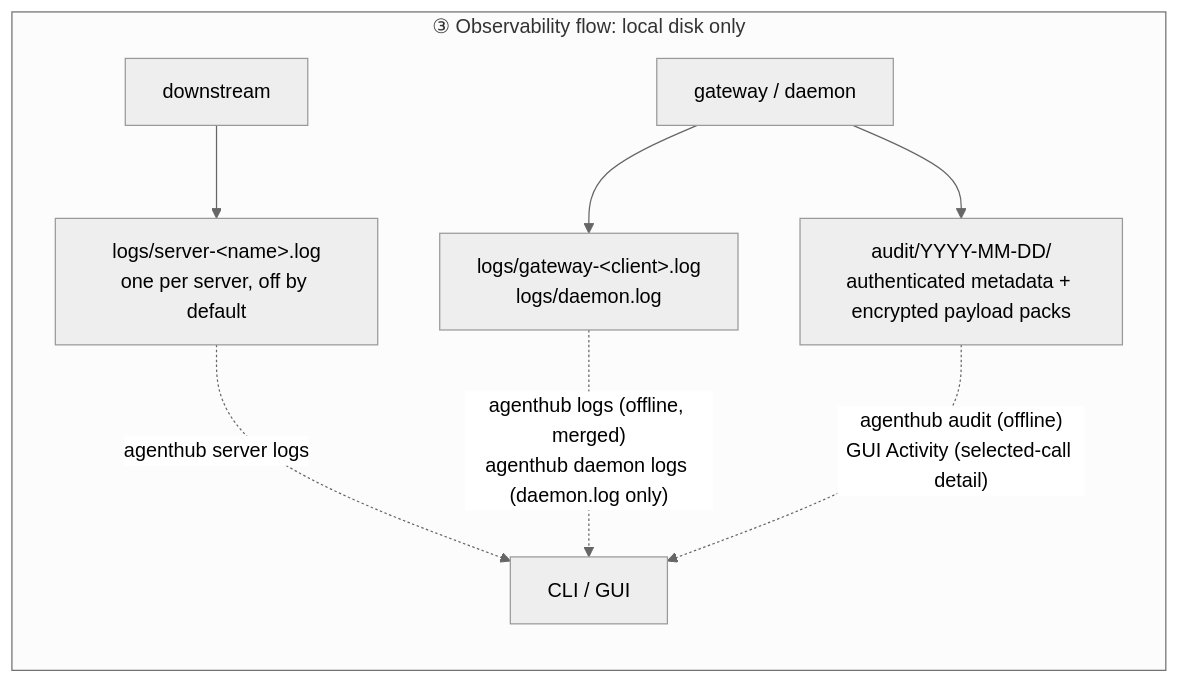
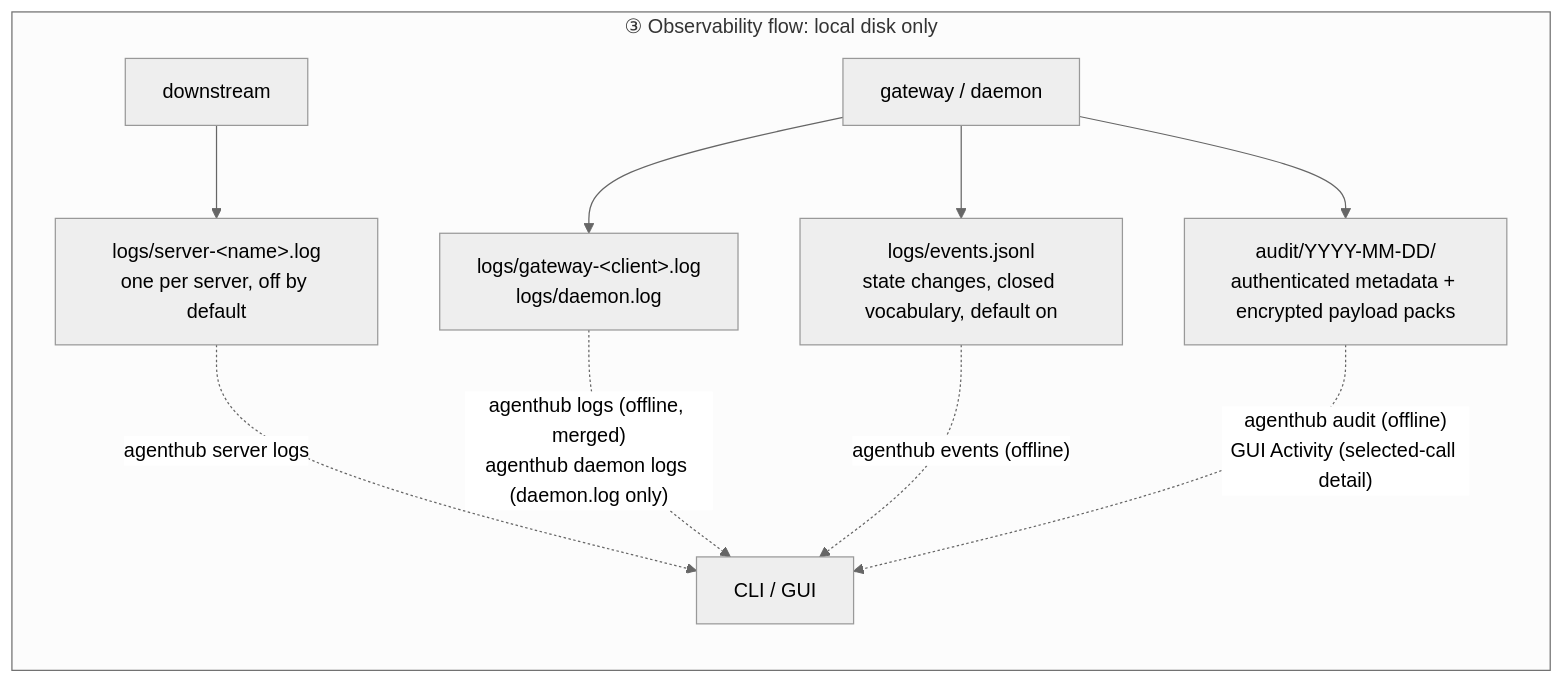
Before and after one commit to dinstein/agent-hub: the sixth of 8 diagrams in docs/architecture.md, drawn with Mermaid (neutral theme). The commit also changed other lines of this file and 8 other files, not shown here.

````diff
--- a/docs/architecture.md
+++ b/docs/architecture.md
@@ -296,11 +296,13 @@
 ```mermaid
 flowchart LR
     subgraph obs["③ Observability flow: local disk only"]
         DSX["downstream"] --> A4["logs/server-&lt;name&gt;.log<br/>one per server, off by default"]
         GW["gateway / daemon"] --> A5["logs/gateway-&lt;client&gt;.log<br/>logs/daemon.log"]
+        GW --> A7["logs/events.jsonl<br/>state changes, closed vocabulary, default on"]
         GW --> A6["audit/YYYY-MM-DD/<br/>authenticated metadata + encrypted payload packs"]
         A4 -.->|"agenthub server logs"| F["CLI / GUI"]
         A5 -.->|"agenthub logs (offline, merged)<br/>agenthub daemon logs (daemon.log only)"| F
+        A7 -.->|"agenthub events (offline)"| F
         A6 -.->|"agenthub audit (offline)<br/>GUI Activity (selected-call detail)"| F
     end
 ```
````
